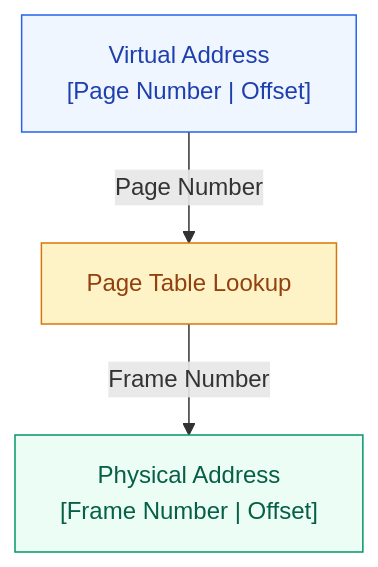
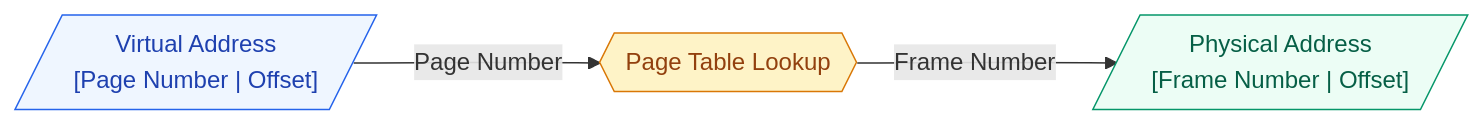
One commit to saivamsikaruturi/vamsilabs-dev-notes-main changed the fourth of 7 diagrams in docs/os/os-fundamentals.md. Above: the diagram before and after it, drawn with Mermaid. The commit also changed other lines of this file and 146 other files, not shown here.

Commit message:
Horizontal diagrams, UML class diagrams, typography overhaul, and permalink cleanup

````diff
--- a/docs/os/os-fundamentals.md
+++ b/docs/os/os-fundamentals.md
@@ -166,13 +166,13 @@
 ```mermaid
-flowchart TD
-    VA["Virtual Address\n[Page Number | Offset]"]
-    PT["Page Table Lookup"]
-    PA["Physical Address\n[Frame Number | Offset]"]
+flowchart LR
+    VA[/"Virtual Address\n[Page Number | Offset]"/]
+    PT{{"Page Table Lookup"}}
+    PA[/"Physical Address\n[Frame Number | Offset]"/]
 
     VA -->|Page Number| PT
     PT -->|Frame Number| PA
 
     style VA fill:#EFF6FF,stroke:#2563EB,color:#1E40AF
     style PT fill:#FEF3C7,stroke:#D97706,color:#92400E
     style PA fill:#ECFDF5,stroke:#059669,color:#065F46
 ```
````
